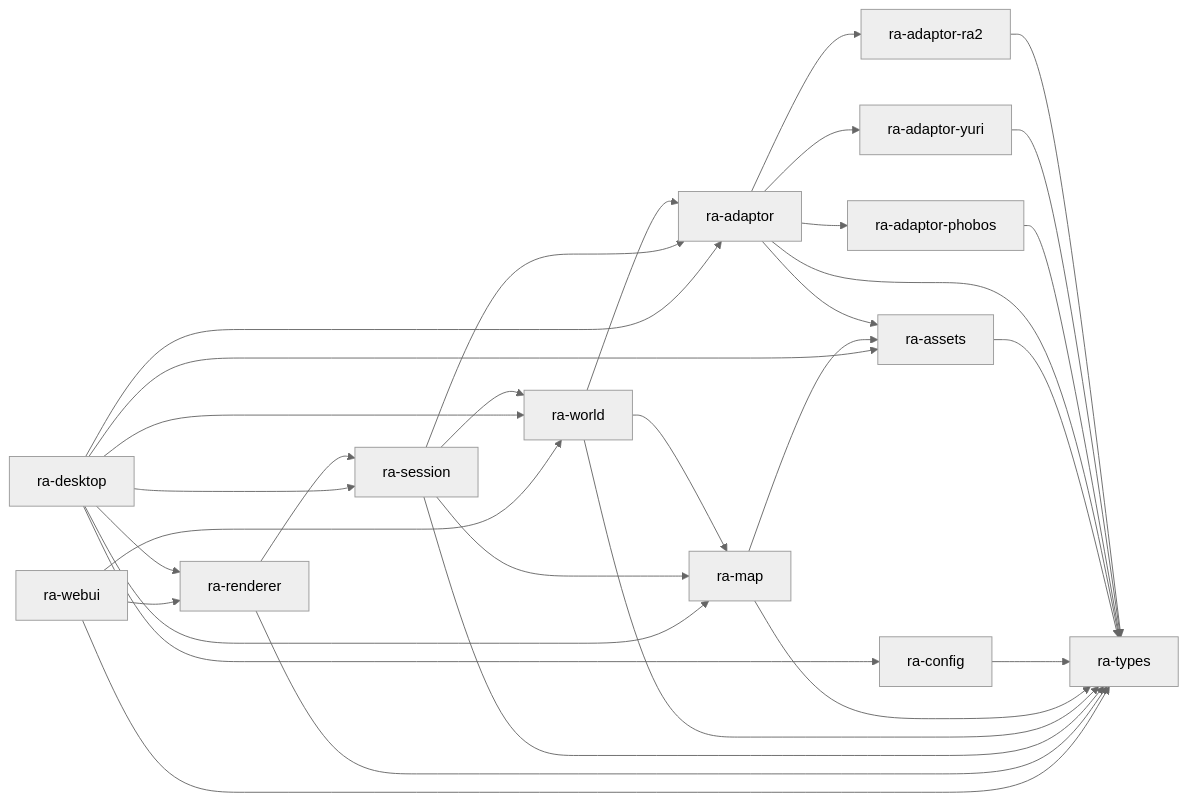
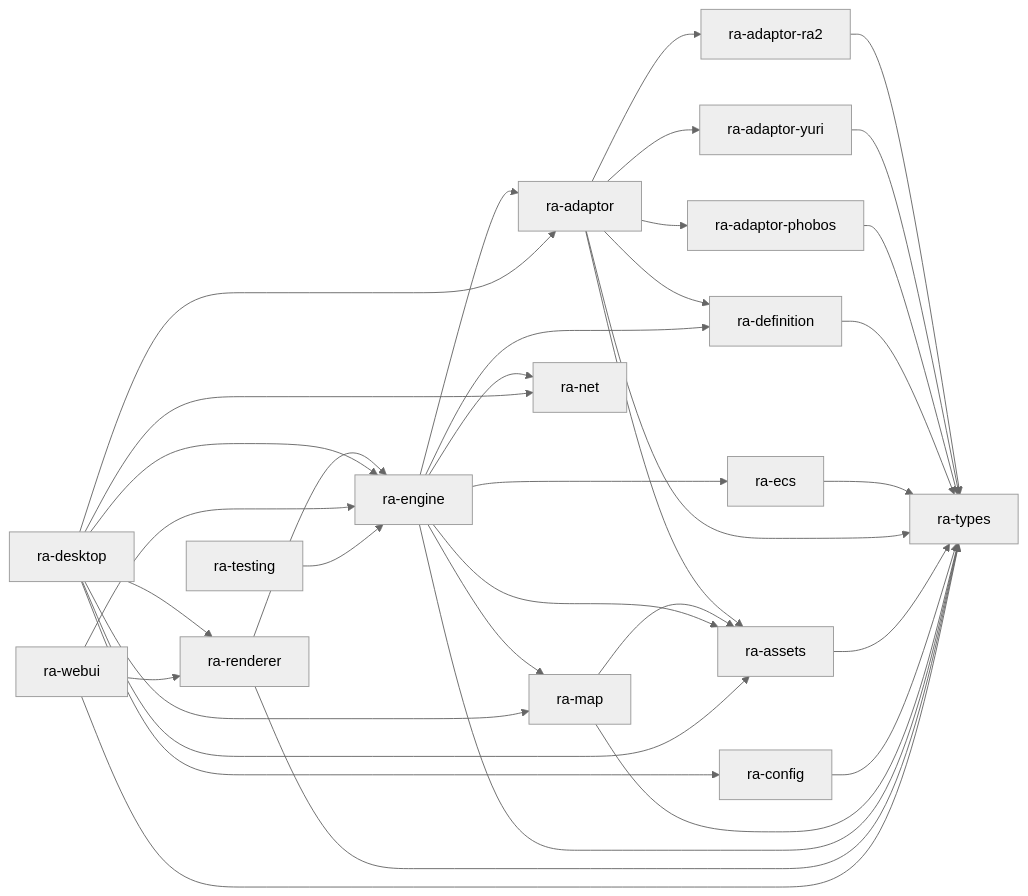
One commit to rust-alert/ra2.exe changed the third of 3 diagrams in readme.md. Above: the diagram before and after it, drawn with Mermaid (neutral theme). The commit also changed other lines of this file and 16 other files, not shown here.

First line of the commit message:
📝 Align documents to `ra-engine` centric architecture

````diff
--- a/readme.md
+++ b/readme.md
@@ -82,47 +161,54 @@
 ```mermaid
 flowchart LR
     types[ra-types]
+    defs[ra-definition]
+    ecs[ra-ecs]
     ra2a[ra-adaptor-ra2]
     yra[ra-adaptor-yuri]
-    mo3[ra-adaptor-phobos]
+    phobos[ra-adaptor-phobos]
     ad[ra-adaptor]
     as[ra-assets]
     cf[ra-config]
     mp[ra-map]
-    wo[ra-world]
-    se[ra-session]
+    eng[ra-engine]
     re[ra-renderer]
     de[ra-desktop]
     we[ra-webui]
+    te[ra-testing]
+    net[ra-net]
     ra2a --> types
     yra --> types
-    mo3 --> types
+    phobos --> types
+    defs --> types
+    ecs --> types
     ad --> types
     ad --> as
+    ad --> defs
     ad --> ra2a
     ad --> yra
-    ad --> mo3
+    ad --> phobos
     as --> types
     cf --> types
     mp --> types
     mp --> as
-    wo --> types
-    wo --> ad
-    wo --> mp
-    se --> types
-    se --> wo
-    se --> mp
-    se --> ad
+    eng --> types
+    eng --> ecs
+    eng --> defs
+    eng --> ad
+    eng --> mp
+    eng --> as
+    eng --> net
     re --> types
-    re --> se
+    re --> eng
     de --> ad
     de --> cf
     de --> as
     de --> mp
-    de --> se
-    de --> wo
+    de --> eng
     de --> re
+    de --> net
     we --> types
-    we --> wo
+    we --> eng
     we --> re
+    te --> eng
 ```
````
